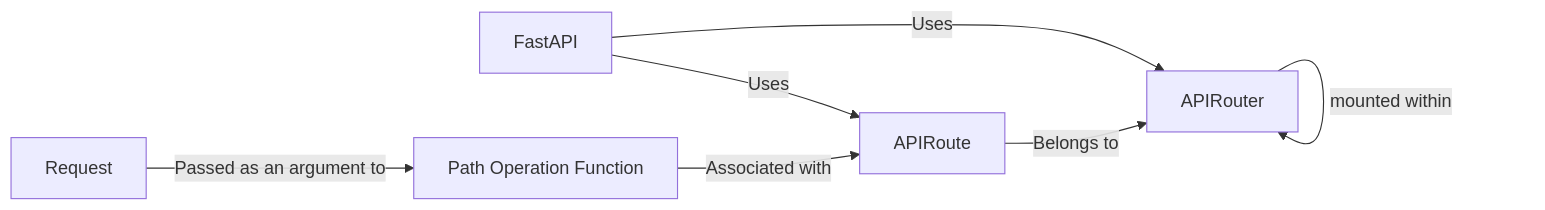
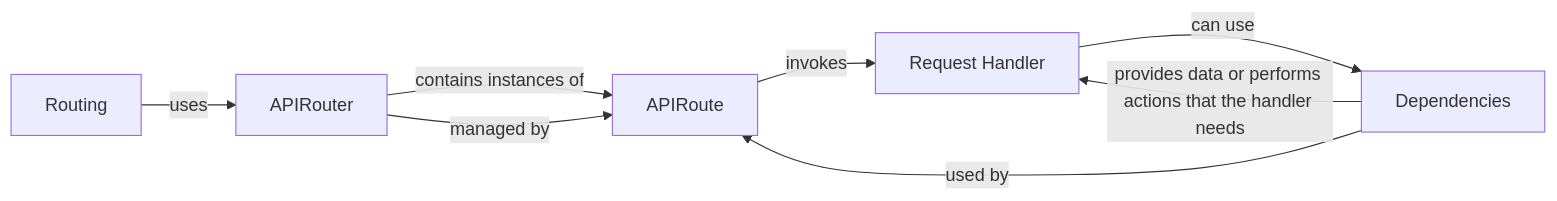
The diagram in fastapi/Routing.md (CodeBoarding/GeneratedOnBoardings), drawn with Mermaid before and after one commit. The commit also changed other lines of this file and 6 other files, not shown here.

````diff
--- a/fastapi/Routing.md
+++ b/fastapi/Routing.md
@@ -1,14 +1,14 @@
 ```mermaid
 graph LR
-    FastAPI["FastAPI"]
+    APIRouter["APIRouter"]
     APIRoute["APIRoute"]
-    APIRouter["APIRouter"]
-    Request["Request"]
-    Path_Operation_Function["Path Operation Function"]
-    FastAPI -- "Uses" --> APIRouter
-    FastAPI -- "Uses" --> APIRoute
-    APIRoute -- "Belongs to" --> APIRouter
-    APIRouter -- "mounted within" --> APIRouter
-    Request -- "Passed as an argument to" --> Path_Operation_Function
-    Path_Operation_Function -- "Associated with" --> APIRoute
+    Request_Handler["Request Handler"]
+    Dependencies["Dependencies"]
+    Routing -- "uses" --> APIRouter
+    APIRouter -- "contains instances of" --> APIRoute
+    APIRoute -- "invokes" --> Request_Handler
+    APIRouter -- "managed by" --> APIRoute
+    Request_Handler -- "can use" --> Dependencies
+    Dependencies -- "used by" --> APIRoute
+    Dependencies -- "provides data or performs actions that the handler needs" --> Request_Handler
 ```
````
